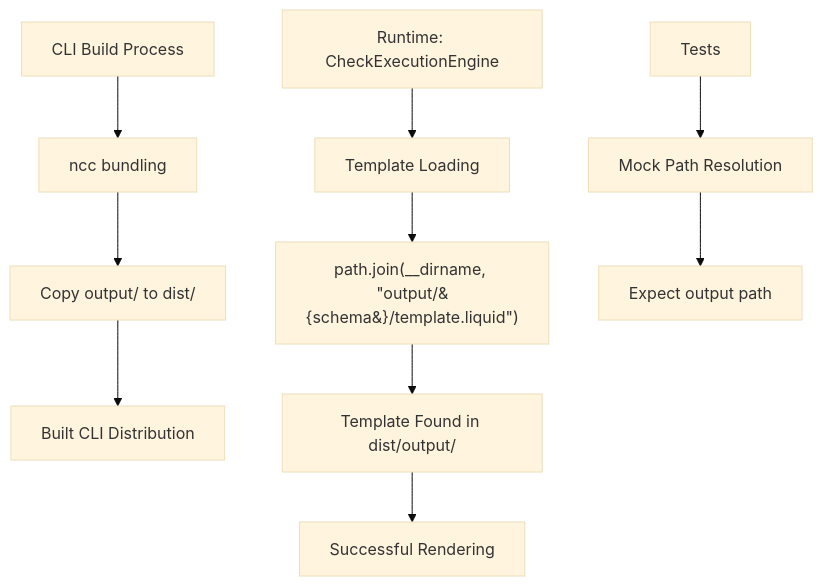
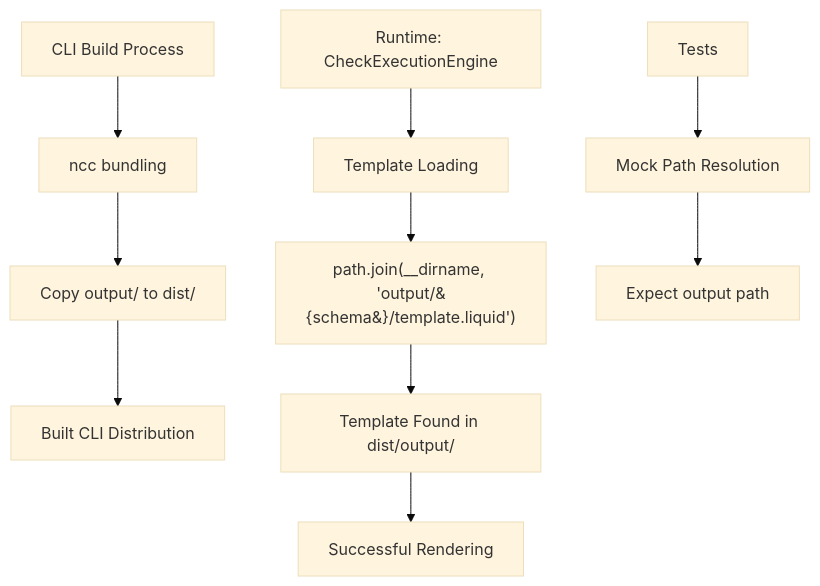
Diagram 25 of 57 in test-fixtures/flowchart/INVALID_DIAGRAMS.md (probelabs/mermaid-lint), drawn with Mermaid (base theme) before and after one commit. The commit also changed other lines of this file, not shown here.

Commit message:
docs: regenerate flowchart invalid diagrams preview with updated auto-fix

````diff
--- a/test-fixtures/flowchart/INVALID_DIAGRAMS.md
+++ b/test-fixtures/flowchart/INVALID_DIAGRAMS.md
@@ -2065,15 +1972,15 @@
 ```mermaid
 graph TD
     A[CLI Build Process] --> B[ncc bundling]
     B --> C[Copy output/ to dist/]
     C --> D[Built CLI Distribution]
 
     E[Runtime: CheckExecutionEngine] --> F[Template Loading]
-    F --> G["path.join(__dirname, &quot;output/&#123;schema&#125;/template.liquid&quot;)"]
+    F --> G["path.join(__dirname, 'output/&#123;schema&#125;/template.liquid')"]
     G --> H[Template Found in dist/output/]
     H --> I[Successful Rendering]
 
     J[Tests] --> K[Mock Path Resolution]
     K --> L[Expect output path]
 
 ```
````
